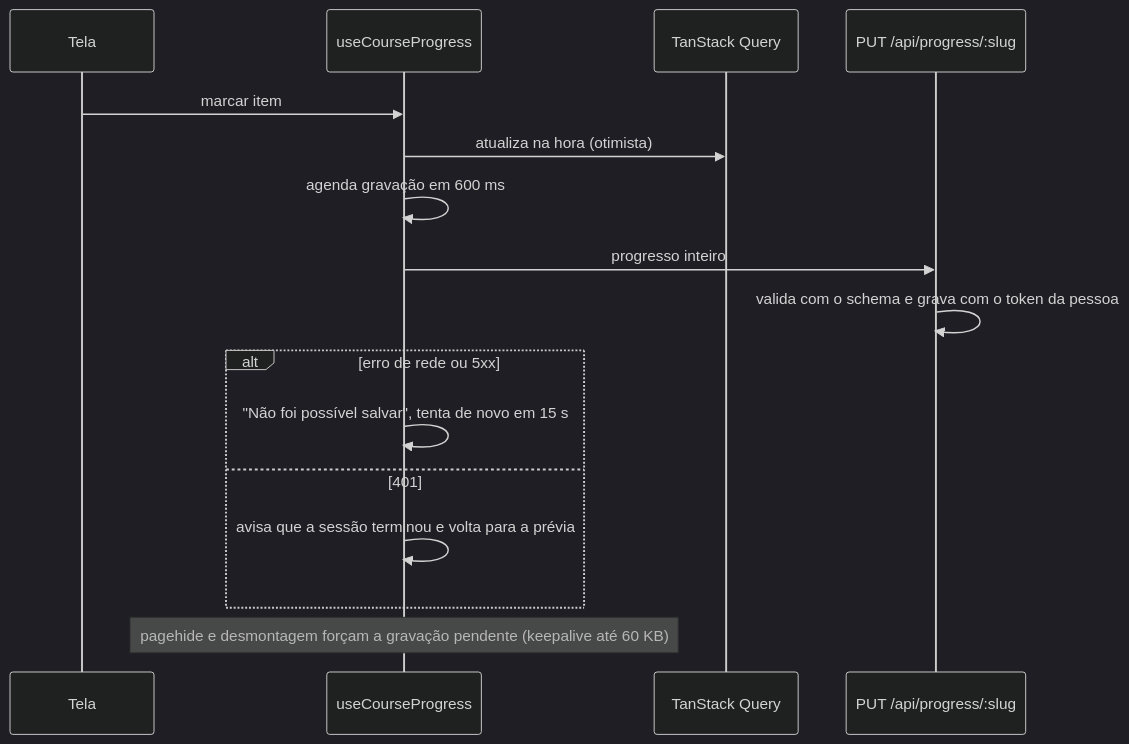
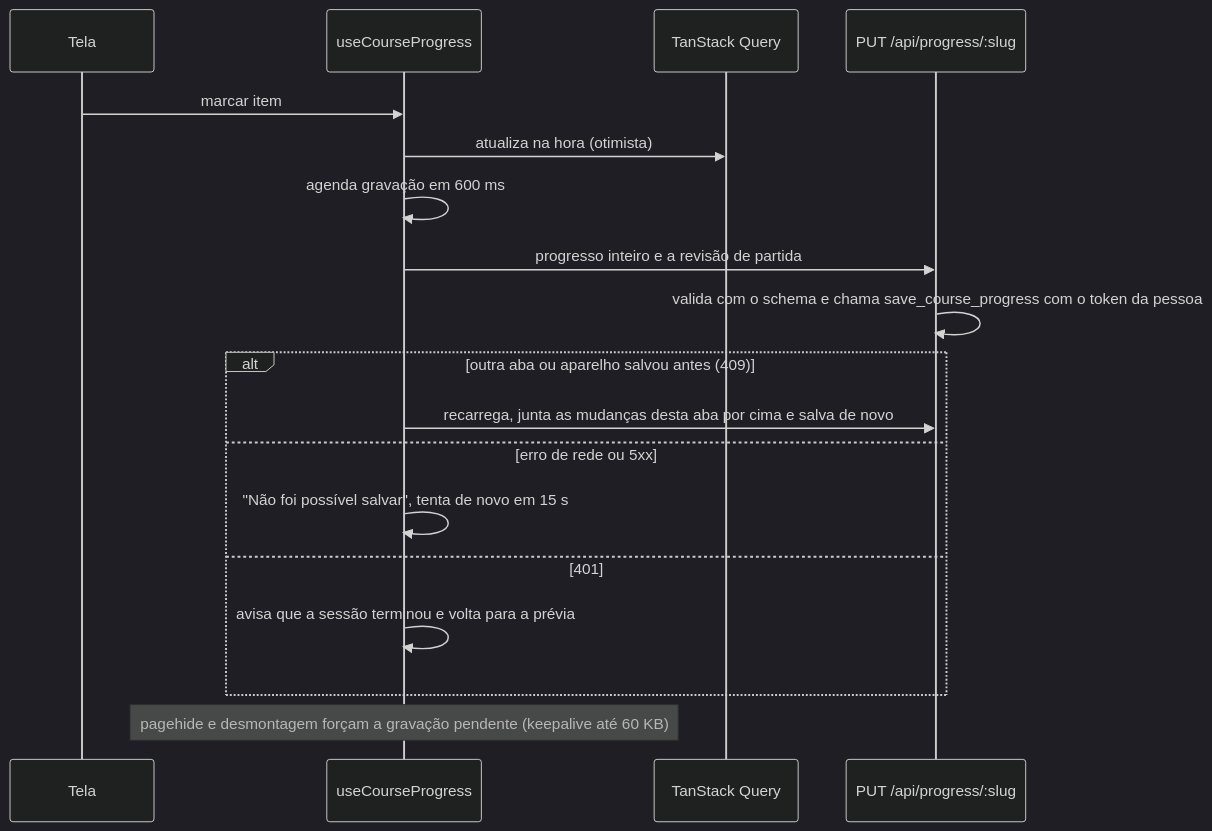
One commit to lucascodev/plataforma-cursos changed the third of 3 diagrams in docs/arquitetura.md. Above: the diagram before and after it, drawn with Mermaid (dark theme). The commit also changed other lines of this file and 27 other files, not shown here.

First line of the commit message:
feat(progress): resolve save conflicts with a three-way merge

````diff
--- a/docs/arquitetura.md
+++ b/docs/arquitetura.md
@@ -228,18 +228,20 @@
 ```mermaid
 sequenceDiagram
   participant UI as Tela
   participant Hook as useCourseProgress
   participant Cache as TanStack Query
   participant API as PUT /api/progress/:slug
   UI->>Hook: marcar item
   Hook->>Cache: atualiza na hora (otimista)
   Hook->>Hook: agenda gravação em 600 ms
-  Hook->>API: progresso inteiro
-  API->>API: valida com o schema e grava com o token da pessoa
-  alt erro de rede ou 5xx
+  Hook->>API: progresso inteiro e a revisão de partida
+  API->>API: valida com o schema e chama save_course_progress com o token da pessoa
+  alt outra aba ou aparelho salvou antes (409)
+    Hook->>API: recarrega, junta as mudanças desta aba por cima e salva de novo
+  else erro de rede ou 5xx
     Hook->>Hook: "Não foi possível salvar", tenta de novo em 15 s
   else 401
     Hook->>Hook: avisa que a sessão terminou e volta para a prévia
   end
   Note over Hook: pagehide e desmontagem forçam a gravação pendente (keepalive até 60 KB)
 ```
````
